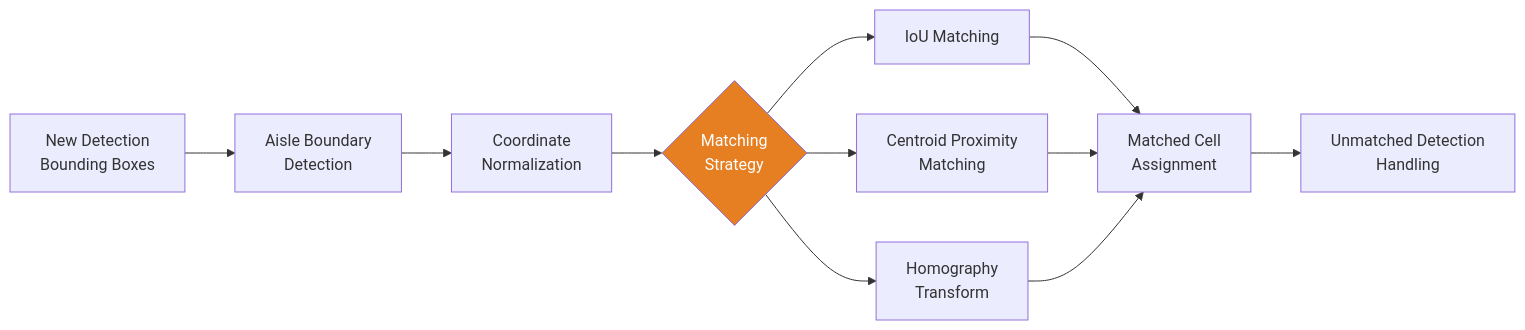
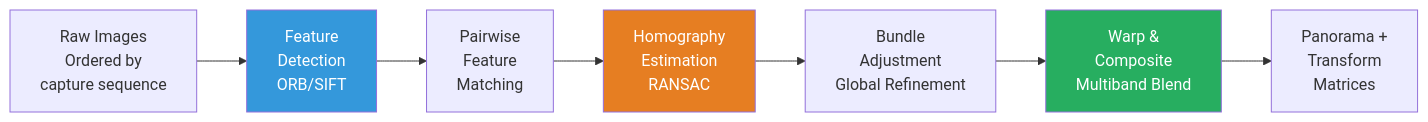
One commit to c3tas1/utils changed the fifth of 6 diagrams in osa_markdown.md. Above: the diagram before and after it, drawn with Mermaid. The commit also changed other lines of this file, not shown here.

````diff
--- a/osa_markdown.md
+++ b/osa_markdown.md
@@ -318,15 +635,13 @@
 ```mermaid
 graph LR
-    A[New Detection<br/>Bounding Boxes] --> B[Aisle Boundary<br/>Detection]
-    B --> C[Coordinate<br/>Normalization]
-    C --> D{Matching<br/>Strategy}
-    D --> E[IoU Matching]
-    D --> F[Centroid Proximity<br/>Matching]
-    D --> G[Homography<br/>Transform]
-    E --> H[Matched Cell<br/>Assignment]
-    F --> H
-    G --> H
-    H --> I[Unmatched Detection<br/>Handling]
+    A[Raw Images<br/>Ordered by<br/>capture sequence] --> B[Feature<br/>Detection<br/>ORB/SIFT]
+    B --> C[Pairwise<br/>Feature<br/>Matching]
+    C --> D[Homography<br/>Estimation<br/>RANSAC]
+    D --> E[Bundle<br/>Adjustment<br/>Global Refinement]
+    E --> F[Warp &<br/>Composite<br/>Multiband Blend]
+    F --> G[Panorama +<br/>Transform<br/>Matrices]
 
+    style B fill:#3498DB,color:#fff
     style D fill:#E67E22,color:#fff
+    style F fill:#27AE60,color:#fff
 ```
````
